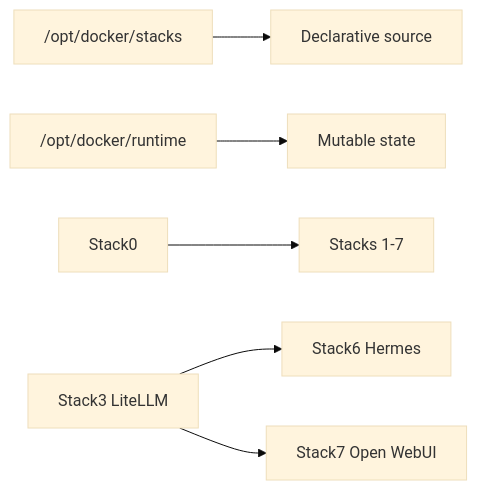
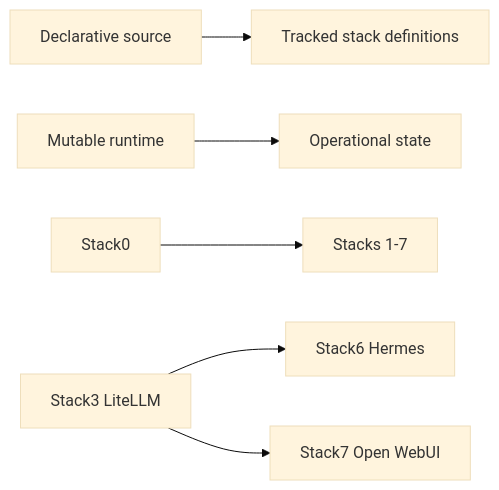
Before and after one commit to ea1het/local_hybrid_ai: the diagram in docs/a2aknowledge.md, drawn with Mermaid (base theme). The commit also changed other lines of this file and 9 other files, not shown here.

````diff
--- a/docs/a2aknowledge.md
+++ b/docs/a2aknowledge.md
@@ -13,8 +15,8 @@
 ```mermaid
 flowchart LR
-    Git["/opt/docker/stacks"] --> Code["Declarative source"]
-    Runtime["/opt/docker/runtime"] --> State["Mutable state"]
+    Git["Declarative source"] --> Code["Tracked stack definitions"]
+    Runtime["Mutable runtime"] --> State["Operational state"]
     S0["Stack0"] --> Apps["Stacks 1-7"]
     S3["Stack3 LiteLLM"] --> S6["Stack6 Hermes"]
     S3 --> S7["Stack7 Open WebUI"]
 ```
````
